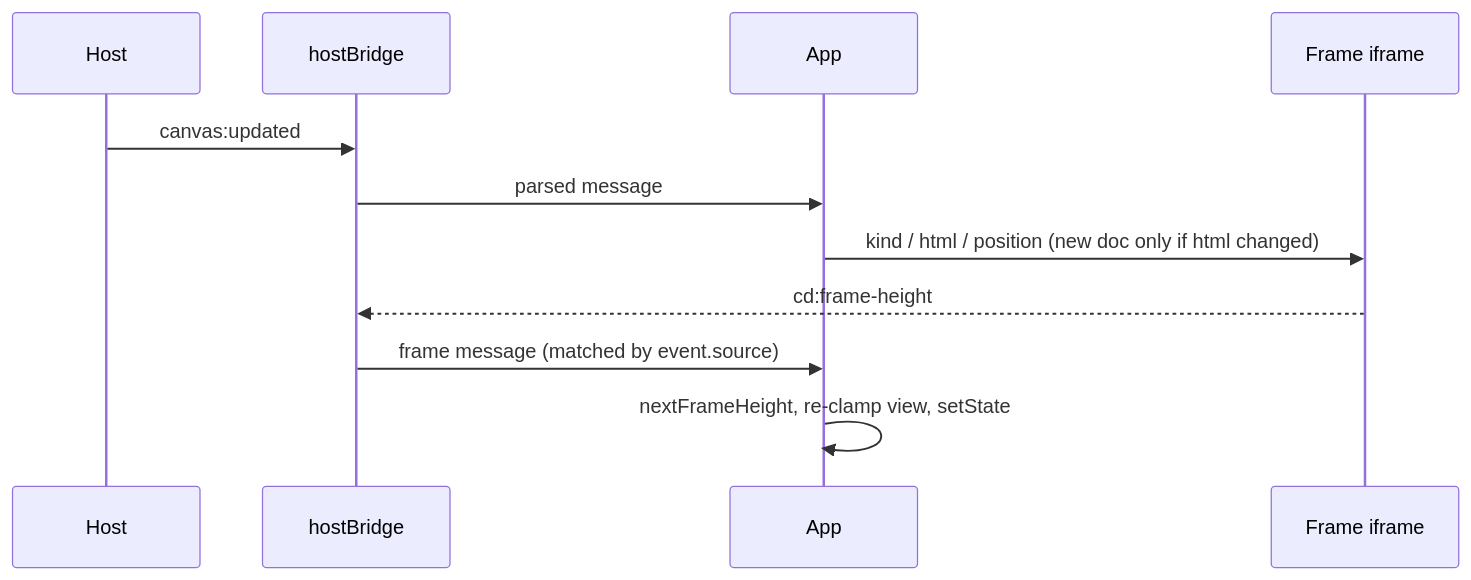
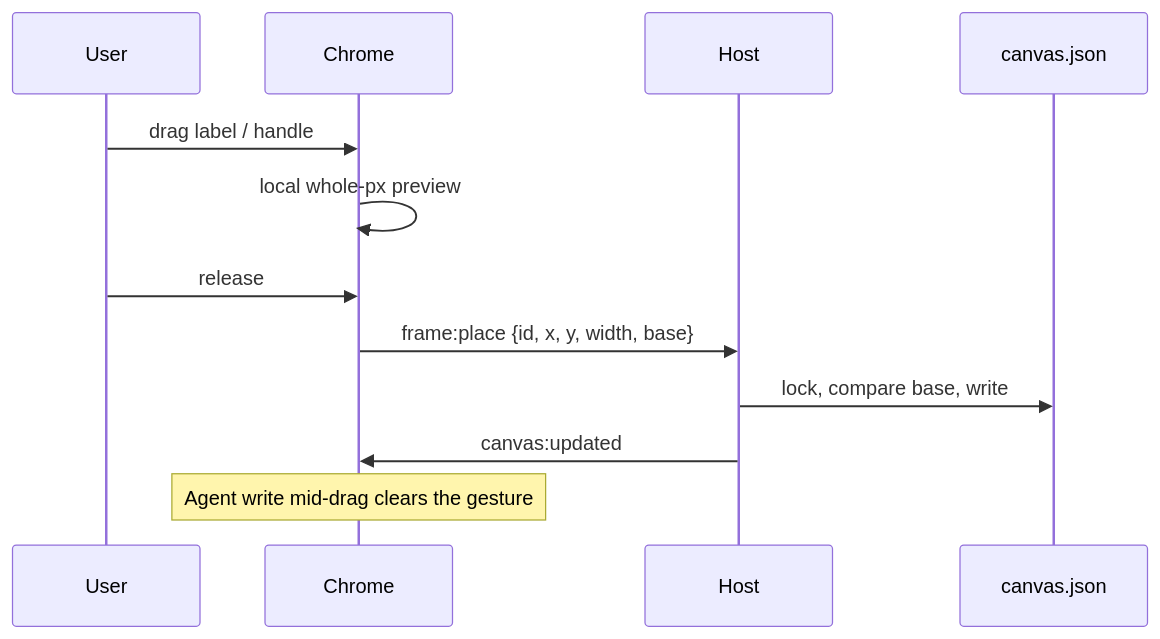
One commit to MarekBombera/cursor-design-extension changed the second of 2 diagrams in blueprint/context/current-feature-overview.md. Above: the diagram before and after it, drawn with Mermaid. The commit also changed other lines of this file and 30 other files, not shown here.

````diff
--- a/blueprint/context/current-feature-overview.md
+++ b/blueprint/context/current-feature-overview.md
@@ -26,13 +30,14 @@
 ```mermaid
 sequenceDiagram
-  participant Host
-  participant Bridge as hostBridge
-  participant App
-  participant Frame as Frame iframe
-  Host->>Bridge: canvas:updated
-  Bridge->>App: parsed message
-  App->>Frame: kind / html / position (new doc only if html changed)
-  Frame-->>Bridge: cd:frame-height
-  Bridge->>App: frame message (matched by event.source)
-  App->>App: nextFrameHeight, re-clamp view, setState
+  participant U as User
+  participant C as Chrome
+  participant H as Host
+  participant D as canvas.json
+  U->>C: drag label / handle
+  C->>C: local whole-px preview
+  U->>C: release
+  C->>H: frame:place {id, x, y, width, base}
+  H->>D: lock, compare base, write
+  H->>C: canvas:updated
+  Note over C: Agent write mid-drag clears the gesture
 ```
````
